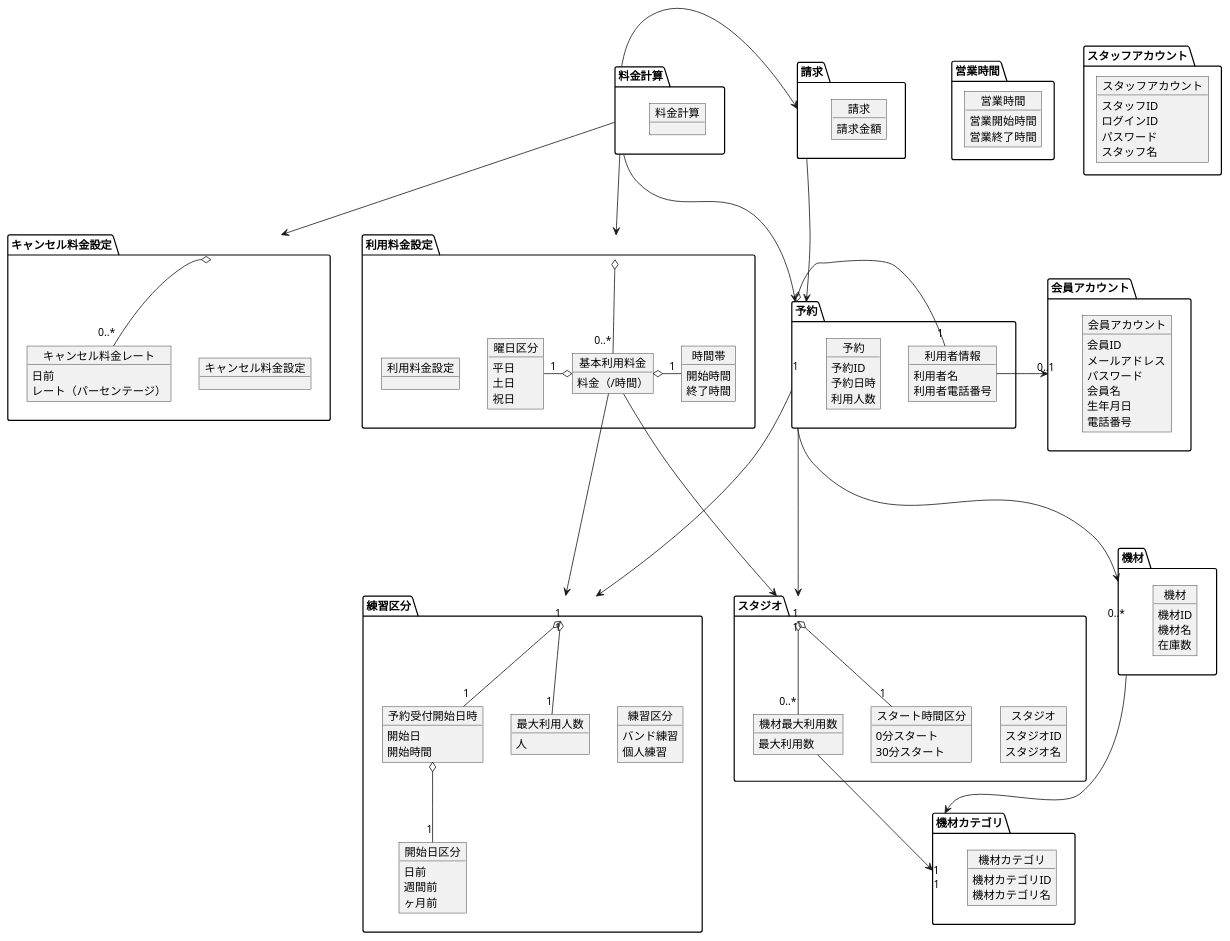
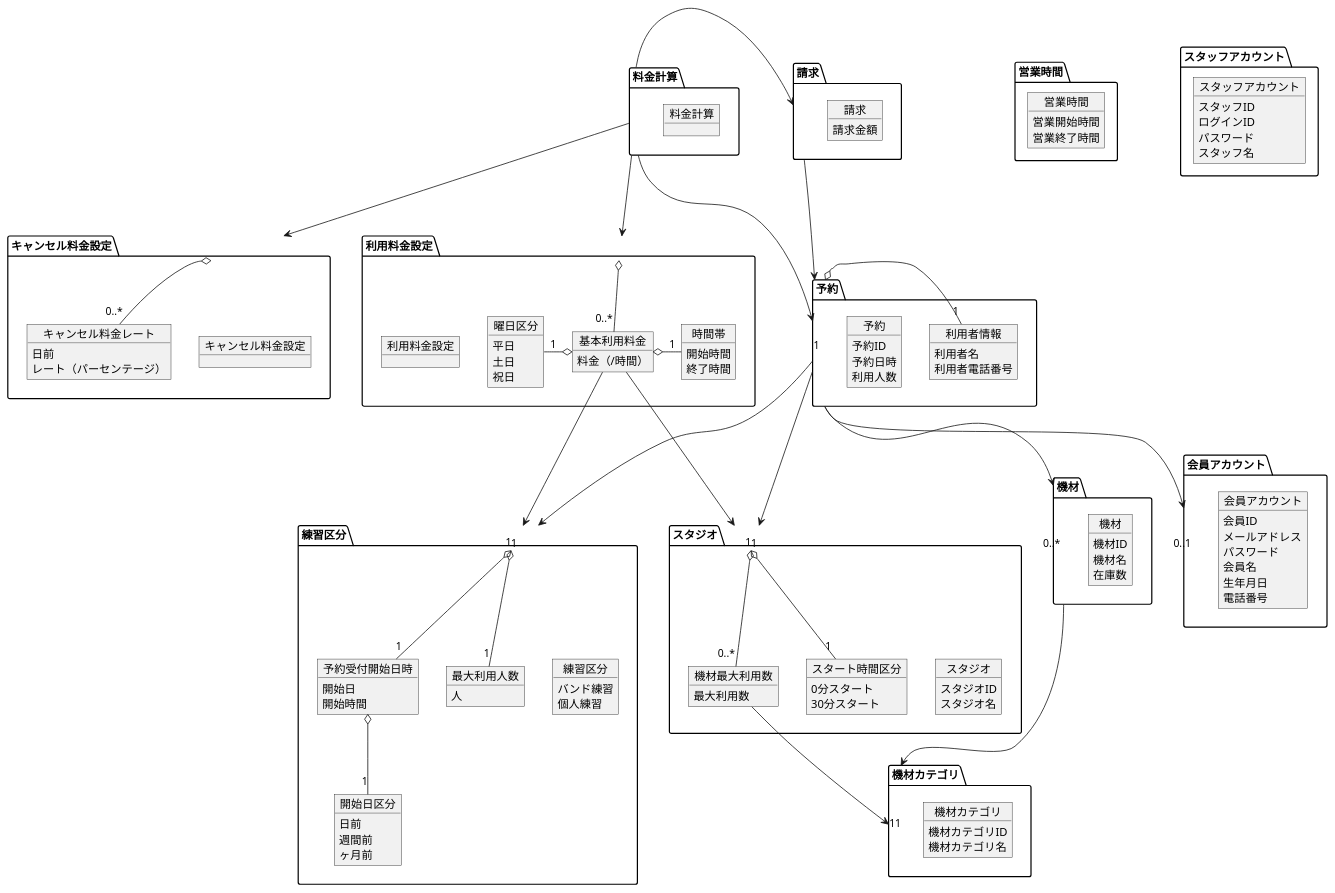
The diagram in modeling/07_DomainModel.pu (TakashiOnawa/ddd-practice-studio-reservation), drawn with PlantUML before and after one commit. The commit also changed 19 other files, not shown here.

```diff
--- a/modeling/07_DomainModel.pu
+++ b/modeling/07_DomainModel.pu
@@ -1,168 +1,168 @@
 @startuml DomainModel
 
 package 予約 {
     object 予約 {
         予約ID
         予約日時
         利用人数
     }
 
     object 利用者情報 {
         利用者名
         利用者電話番号
     }
 }
 
 package 練習区分 {
     object 練習区分 {
         バンド練習
         個人練習
     }
 
     object 最大利用人数 {
         人
     }
 
     object 予約受付開始日時 {
         開始日
         開始時間
     }
 
     object 開始日区分 {
         日前
         週間前
         ヶ月前
     }
 }
 
 package スタジオ {
     object スタジオ {
         スタジオID
         スタジオ名
     }
 
     object スタート時間区分 {
         0分スタート
         30分スタート
     }
 
     object 機材最大利用数 {
         最大利用数
     }
 }
 
 package 機材 {
     object 機材 {
         機材ID
         機材名
         在庫数
     }
 }
 
 package 機材カテゴリ {
     object 機材カテゴリ {
         機材カテゴリID
         機材カテゴリ名
     }
 }
 
 package キャンセル料金設定 {
     object キャンセル料金設定 {
     }
 
     object キャンセル料金レート {
         日前
         レート（パーセンテージ）
     }
 }
 
 package 営業時間 {
     object 営業時間 {
         営業開始時間
         営業終了時間
     }
 }
 
 package 会員アカウント {
     object 会員アカウント {
         会員ID
         メールアドレス
         パスワード
         会員名
         生年月日
         電話番号
     }
 }
 
 package スタッフアカウント {
     object スタッフアカウント {
         スタッフID
         ログインID
         パスワード
         スタッフ名
     }
 }
 
 package 利用料金設定 {
     object 利用料金設定 {
     }
 
     object 基本利用料金 {
         料金（/時間）
     }
 
     object 曜日区分 {
         平日
         土日
         祝日
     }
 
     object 時間帯 {
         開始時間
         終了時間
     }
 }
 
 package 料金計算 {
     object 料金計算 {
     }
 }
 
 package 請求 {
     object 請求 {
         請求金額
     }
 }
 
-予約 ----> "1" スタジオ
-予約 ----> "0..*" 機材
-予約 ----> "1" 練習区分
+予約 ---> "1" スタジオ
+予約 ---> "0..*" 機材
+予約 ---> "1" 練習区分
 予約 o- "1" 利用者情報
-利用者情報 -> "0..1" 会員アカウント
+予約 ---> "0..1" 会員アカウント
 
 スタジオ o-- "1" スタート時間区分
 スタジオ o-- "0..*" 機材最大利用数
 
 機材最大利用数 --> "1" 機材カテゴリ
 
 機材 ---> "1" 機材カテゴリ
 
 練習区分 o-- "1" 最大利用人数
 練習区分 o-- "1" 予約受付開始日時
 予約受付開始日時 o-- "1" 開始日区分
 
 キャンセル料金設定 o-- "0..*" キャンセル料金レート
 
 利用料金設定 o-- "0..*" 基本利用料金
-基本利用料金 ----> "1" 練習区分
-基本利用料金 ----> "1" スタジオ
+基本利用料金 ---> "1" 練習区分
+基本利用料金 ---> "1" スタジオ
 基本利用料金 o-left- "1" 曜日区分
 基本利用料金 o-right- "1" 時間帯
 
 請求 ---> "1" 予約
 料金計算 ---> 予約
 料金計算 ---> 利用料金設定
 料金計算 -left-> 請求
 料金計算 ---> キャンセル料金設定
 
 @enduml
```
